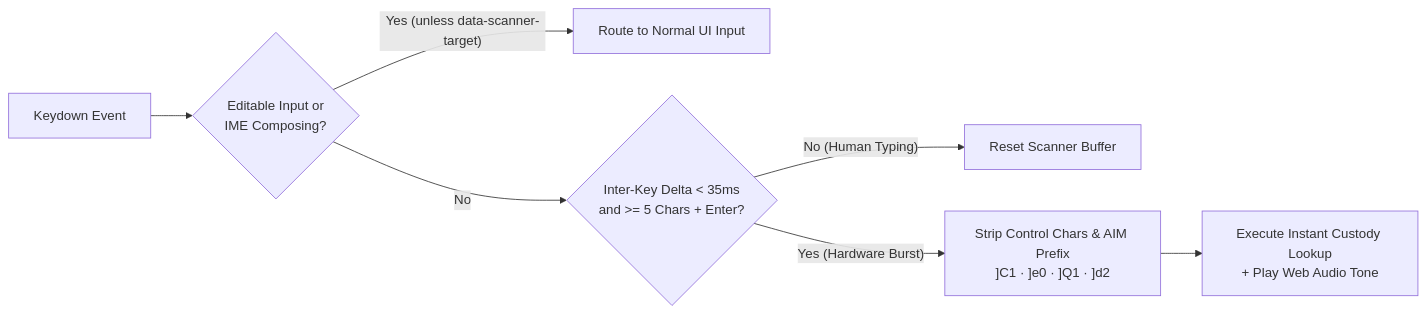
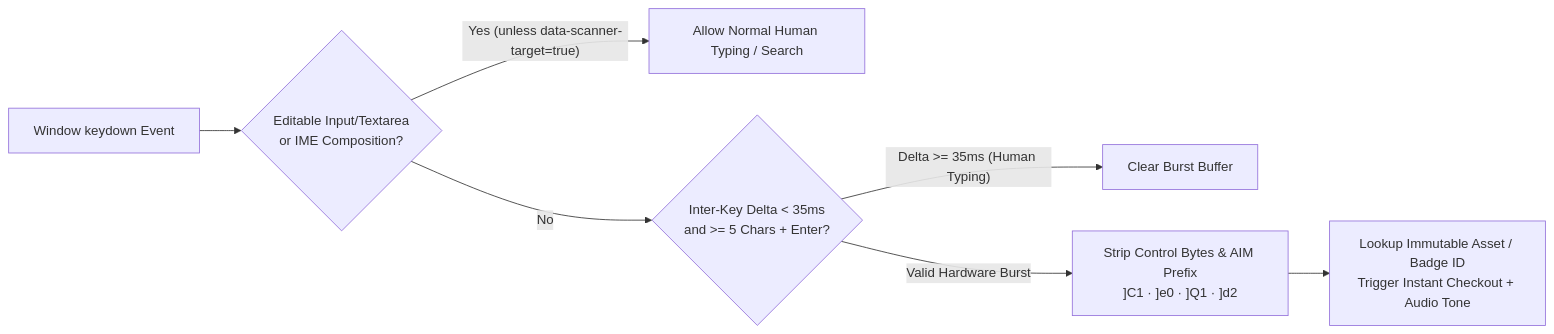
One commit to jhathcock-sys/Public-Showcase changed the first of 2 diagrams in 01_Products/Retail-Operations-PWAs.md. Above: the diagram before and after it, drawn with Mermaid. The commit also changed other lines of this file and 20 other files, not shown here.

Commit message:
docs: expand showcase to 18-chapter engineering book & 7-part AI systems architecture

````diff
--- a/01_Products/Retail-Operations-PWAs.md
+++ b/01_Products/Retail-Operations-PWAs.md
@@ -35,9 +39,9 @@
 ```mermaid
 flowchart LR
-    Key["Keydown Event"] --> Guard{"Editable Input or\nIME Composing?"}
-    Guard -->|"Yes (unless data-scanner-target)"| Human["Route to Normal UI Input"]
-    Guard -->|"No"| Delta{"Inter-Key Delta < 35ms\nand >= 5 Chars + Enter?"}
-    Delta -->|"No (Human Typing)"| Reset["Reset Scanner Buffer"]
-    Delta -->|"Yes (Hardware Burst)"| Strip["Strip Control Chars & AIM Prefix\n]C1 · ]e0 · ]Q1 · ]d2"]
-    Strip --> Execute["Execute Instant Custody Lookup\n+ Play Web Audio Tone"]
+    Key["Window keydown Event"] --> Target{"Editable Input/Textarea\nor IME Composition?"}
+    Target -->|"Yes (unless data-scanner-target=true)"| Normal["Allow Normal Human Typing / Search"]
+    Target -->|"No"| Burst{"Inter-Key Delta < 35ms\nand >= 5 Chars + Enter?"}
+    Burst -->|"Delta >= 35ms (Human Typing)"| Reset["Clear Burst Buffer"]
+    Burst -->|"Valid Hardware Burst"| Norm["Strip Control Bytes & AIM Prefix\n]C1 · ]e0 · ]Q1 · ]d2"]
+    Norm --> Match["Lookup Immutable Asset / Badge ID\nTrigger Instant Checkout + Audio Tone"]
 ```
````
